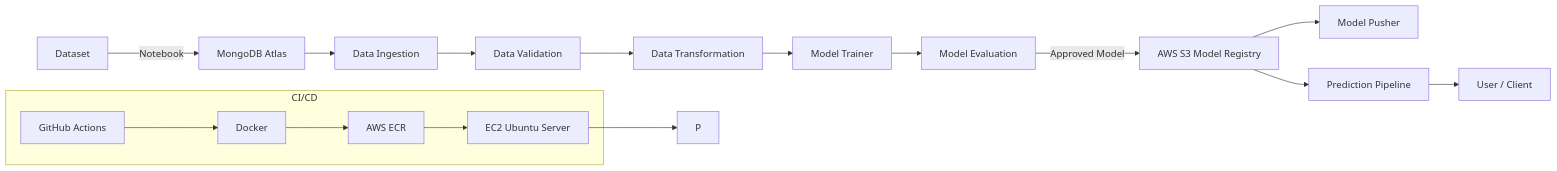
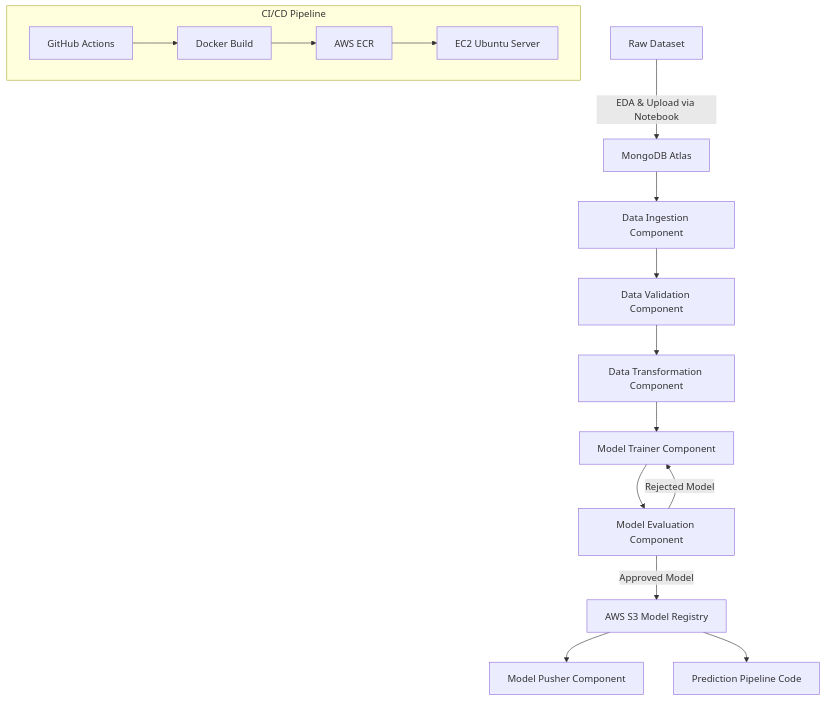
The diagram in README.md (aarushikankanmeli97/MLOPs-Project-Vehicle-Insurance), drawn with Mermaid before and after one commit.

````diff
--- a/README.md
+++ b/README.md
@@ -17,30 +17,29 @@
 ```mermaid
+flowchart TD
+    A[Raw Dataset] -->|EDA & Upload via Notebook| B[MongoDB Atlas]
 
-flowchart LR
-    A[Dataset] -->|Notebook| B[MongoDB Atlas]
+    B --> C[Data Ingestion Component]
+    C --> D[Data Validation Component]
+    D --> E[Data Transformation Component]
+    E --> F[Model Trainer Component]
 
-    B --> C[Data Ingestion]
-    C --> D[Data Validation]
-    D --> E[Data Transformation]
-    E --> F[Model Trainer]
+    F --> G[Model Evaluation Component]
+    G -->|Approved Model| H[AWS S3 Model Registry]
+    G -->|Rejected Model| F
 
-    F --> G[Model Evaluation]
-    G -->|Approved Model| H[AWS S3 Model Registry]
+    H --> I[Model Pusher Component]
 
-    H --> I[Model Pusher]
-    H --> J[Prediction Pipeline]
+    H --> J[Prediction Pipeline Code]
 
-    J --> K[User / Client]
-
-    subgraph CI/CD
-        L[GitHub Actions]
-        M[Docker]
-        N[AWS ECR]
-        O[EC2 Ubuntu Server]
+    subgraph CI/CD Pipeline
+        K[GitHub Actions]
+        L[Docker Build]
+        M[AWS ECR]
+        N[EC2 Ubuntu Server]
     end
 
+    K --> L
     L --> M
     M --> N
-    N --> O
-    O --> P
+
 ```
````
